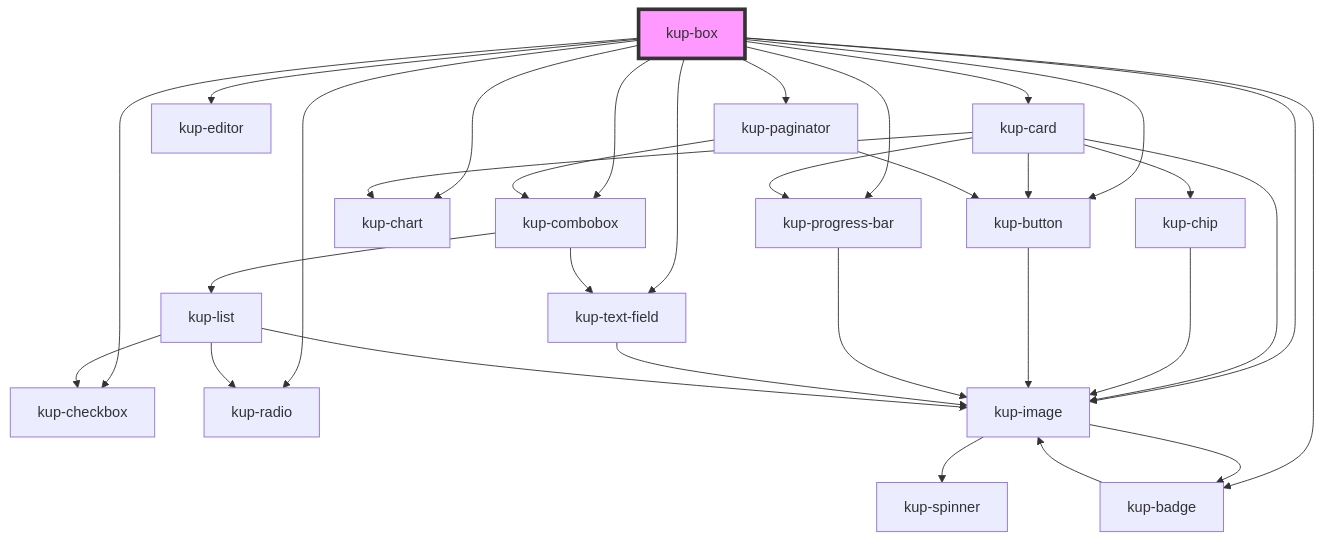
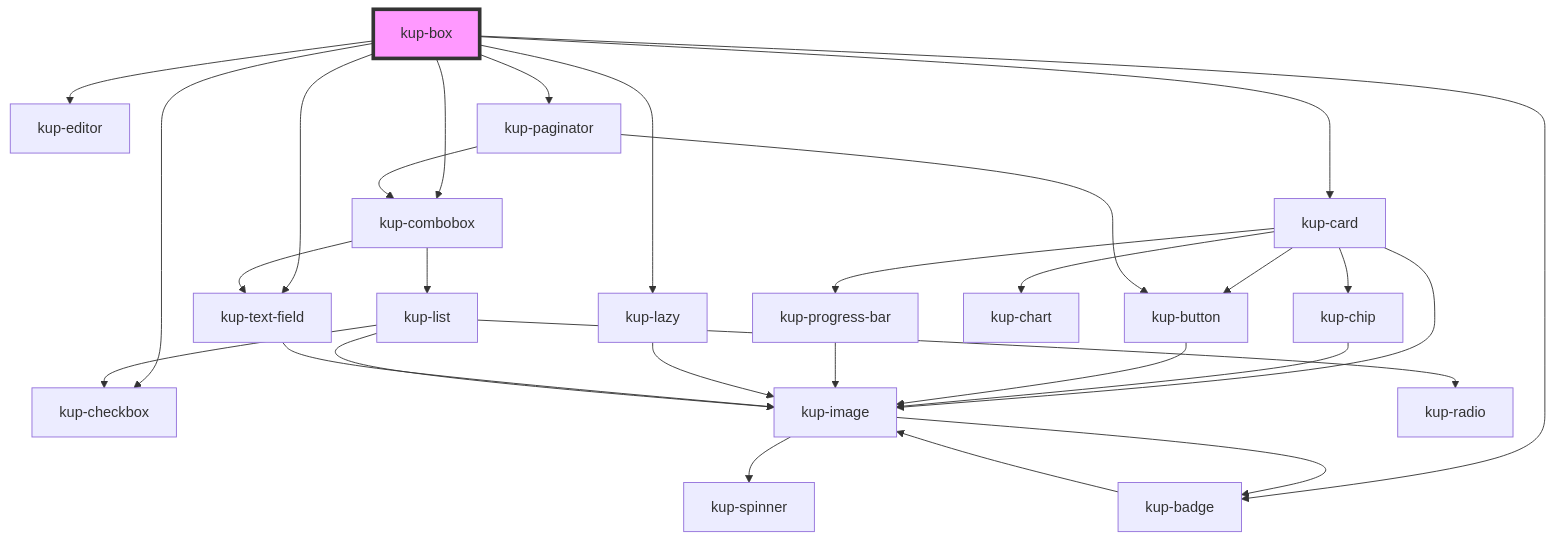
One commit to smeup/ketchup changed the diagram in packages/ketchup/src/components/kup-box/readme.md. Above: the diagram before and after it, drawn with Mermaid. The commit also changed other lines of this file and 12 other files, not shown here.

````diff
--- a/packages/ketchup/src/components/kup-box/readme.md
+++ b/packages/ketchup/src/components/kup-box/readme.md
@@ -106,35 +102,32 @@
 ```mermaid
 graph TD;
   kup-box --> kup-card
   kup-box --> kup-checkbox
   kup-box --> kup-badge
-  kup-box --> kup-button
-  kup-box --> kup-radio
+  kup-box --> kup-lazy
+  kup-box --> kup-editor
   kup-box --> kup-text-field
-  kup-box --> kup-progress-bar
-  kup-box --> kup-chart
-  kup-box --> kup-image
-  kup-box --> kup-editor
   kup-box --> kup-combobox
   kup-box --> kup-paginator
   kup-card --> kup-image
   kup-card --> kup-chip
   kup-card --> kup-button
   kup-card --> kup-progress-bar
   kup-card --> kup-chart
   kup-image --> kup-spinner
   kup-image --> kup-badge
   kup-badge --> kup-image
   kup-chip --> kup-image
   kup-button --> kup-image
   kup-progress-bar --> kup-image
+  kup-lazy --> kup-image
   kup-text-field --> kup-image
   kup-combobox --> kup-text-field
   kup-combobox --> kup-list
   kup-list --> kup-image
   kup-list --> kup-radio
   kup-list --> kup-checkbox
   kup-paginator --> kup-button
   kup-paginator --> kup-combobox
   style kup-box fill:#f9f,stroke:#333,stroke-width:4px
 ```
````
